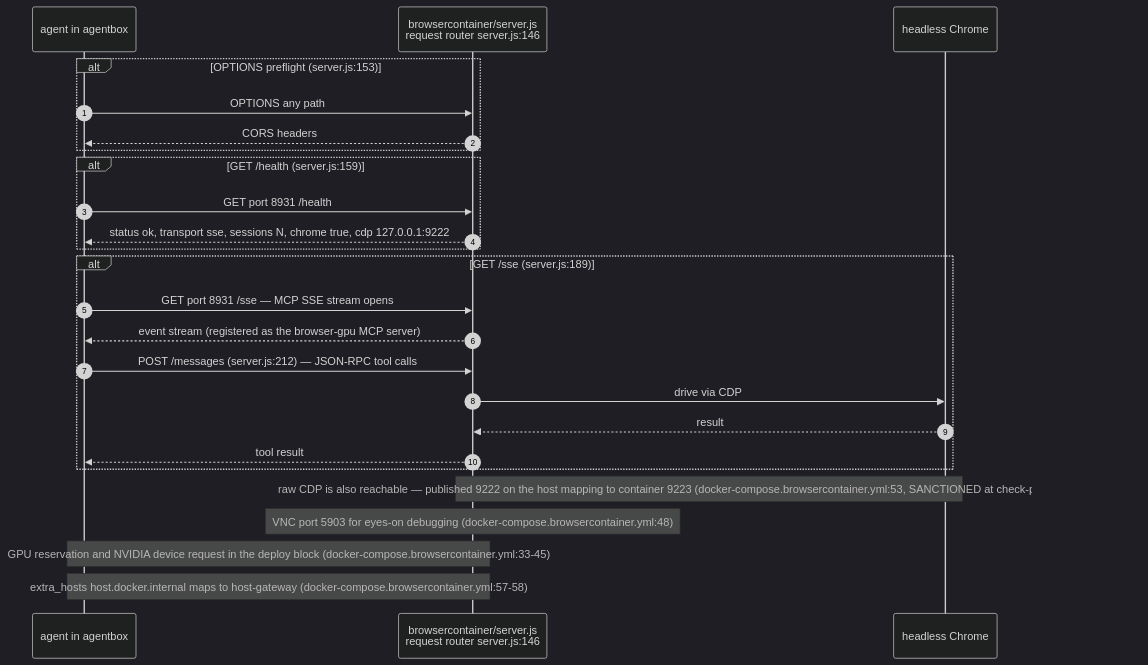
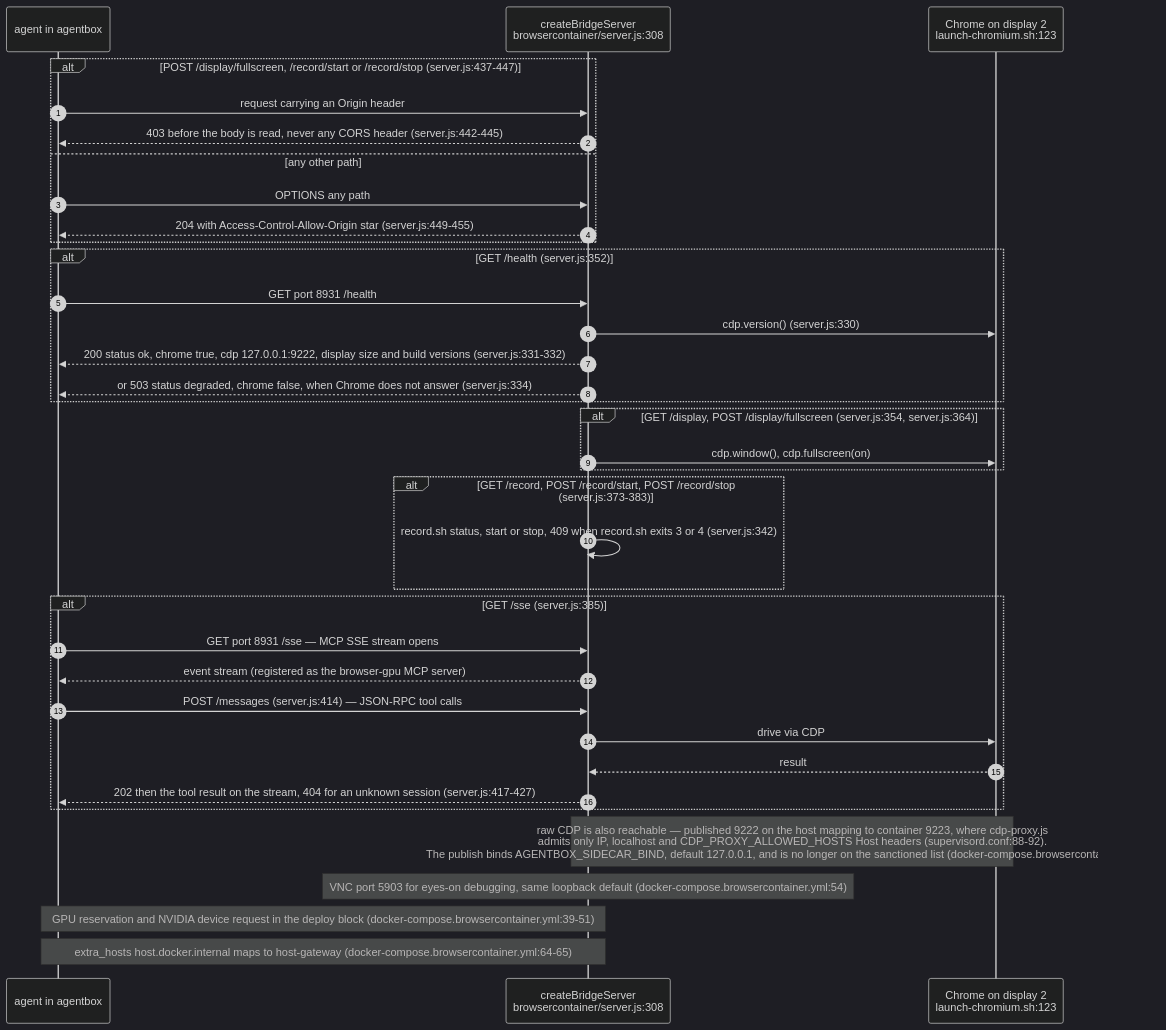
Before and after one commit to DreamLab-AI/VisionFlow: the fourth of 14 diagrams in docs/diagrams/agentbox/06-sidecars-and-compose-overlays.md, drawn with Mermaid (dark theme). The commit also changed other lines of this file, not shown here.

````diff
--- a/docs/diagrams/agentbox/06-sidecars-and-compose-overlays.md
+++ b/docs/diagrams/agentbox/06-sidecars-and-compose-overlays.md
@@ -133,28 +134,39 @@
 ```mermaid
 sequenceDiagram
     autonumber
     participant A as agent in agentbox
-    participant S as browsercontainer/server.js<br/>request router server.js:146
-    participant CH as headless Chrome
+    participant S as createBridgeServer<br/>browsercontainer/server.js:308
+    participant CH as Chrome on display 2<br/>launch-chromium.sh:123
 
-    alt OPTIONS preflight (server.js:153)
+    alt POST /display/fullscreen, /record/start or /record/stop (server.js:437-447)
+        A->>S: request carrying an Origin header
+        S-->>A: 403 before the body is read, never any CORS header (server.js:442-445)
+    else any other path
         A->>S: OPTIONS any path
-        S-->>A: CORS headers
+        S-->>A: 204 with Access-Control-Allow-Origin star (server.js:449-455)
     end
-    alt GET /health (server.js:159)
+    alt GET /health (server.js:352)
         A->>S: GET port 8931 /health
-        S-->>A: status ok, transport sse, sessions N, chrome true, cdp 127.0.0.1:9222
+        S->>CH: cdp.version() (server.js:330)
+        S-->>A: 200 status ok, chrome true, cdp 127.0.0.1:9222, display size and build versions (server.js:331-332)
+        S-->>A: or 503 status degraded, chrome false, when Chrome does not answer (server.js:334)
     end
-    alt GET /sse (server.js:189)
+    alt GET /display, POST /display/fullscreen (server.js:354, server.js:364)
+        S->>CH: cdp.window(), cdp.fullscreen(on)
+    end
+    alt GET /record, POST /record/start, POST /record/stop (server.js:373-383)
+        S->>S: record.sh status, start or stop, 409 when record.sh exits 3 or 4 (server.js:342)
+    end
+    alt GET /sse (server.js:385)
         A->>S: GET port 8931 /sse — MCP SSE stream opens
         S-->>A: event stream (registered as the browser-gpu MCP server)
-        A->>S: POST /messages (server.js:212) — JSON-RPC tool calls
+        A->>S: POST /messages (server.js:414) — JSON-RPC tool calls
         S->>CH: drive via CDP
         CH-->>S: result
-        S-->>A: tool result
+        S-->>A: 202 then the tool result on the stream, 404 for an unknown session (server.js:417-427)
     end
-    Note over S,CH: raw CDP is also reachable — published 9222 on the host mapping to container 9223 (docker-compose.browsercontainer.yml:53, SANCTIONED at check-ports-loopback.mjs:99)
-    Note over S: VNC port 5903 for eyes-on debugging (docker-compose.browsercontainer.yml:48)
-    Note over A,S: GPU reservation and NVIDIA device request in the deploy block (docker-compose.browsercontainer.yml:33-45)
-    Note over A,S: extra_hosts host.docker.internal maps to host-gateway (docker-compose.browsercontainer.yml:57-58)
+    Note over S,CH: raw CDP is also reachable — published 9222 on the host mapping to container 9223, where cdp-proxy.js<br/>admits only IP, localhost and CDP_PROXY_ALLOWED_HOSTS Host headers (supervisord.conf:88-92).<br/>The publish binds AGENTBOX_SIDECAR_BIND, default 127.0.0.1, and is no longer on the sanctioned list (docker-compose.browsercontainer.yml:60)
+    Note over S: VNC port 5903 for eyes-on debugging, same loopback default (docker-compose.browsercontainer.yml:54)
+    Note over A,S: GPU reservation and NVIDIA device request in the deploy block (docker-compose.browsercontainer.yml:39-51)
+    Note over A,S: extra_hosts host.docker.internal maps to host-gateway (docker-compose.browsercontainer.yml:64-65)
 ```
````
